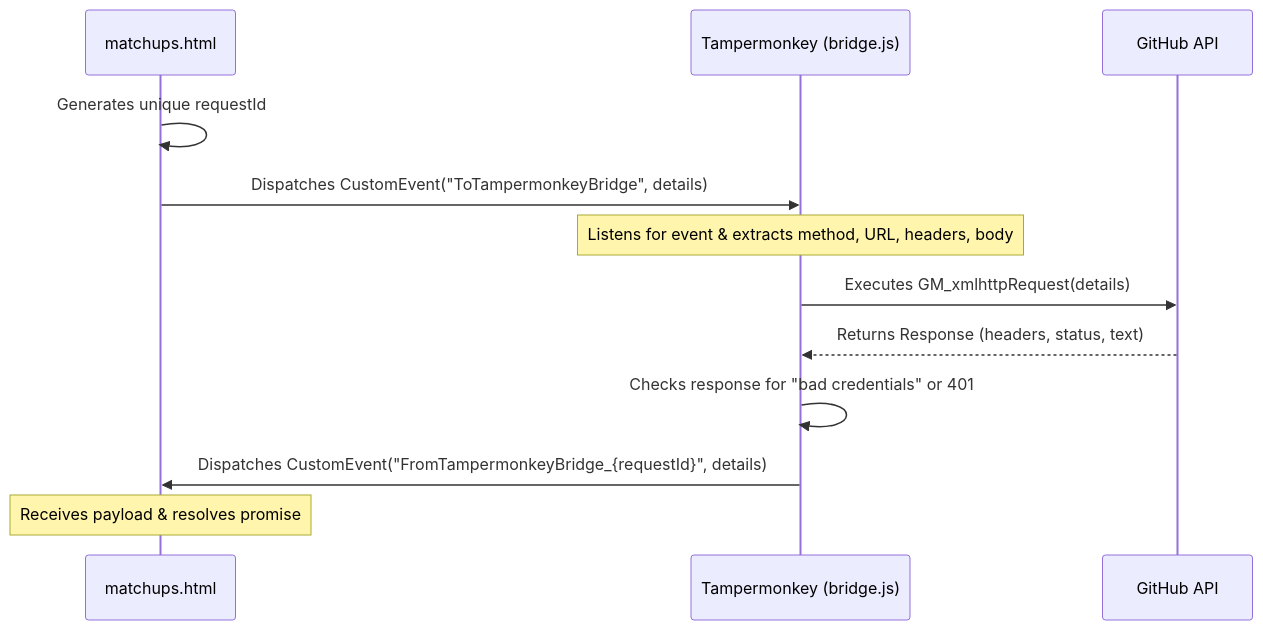
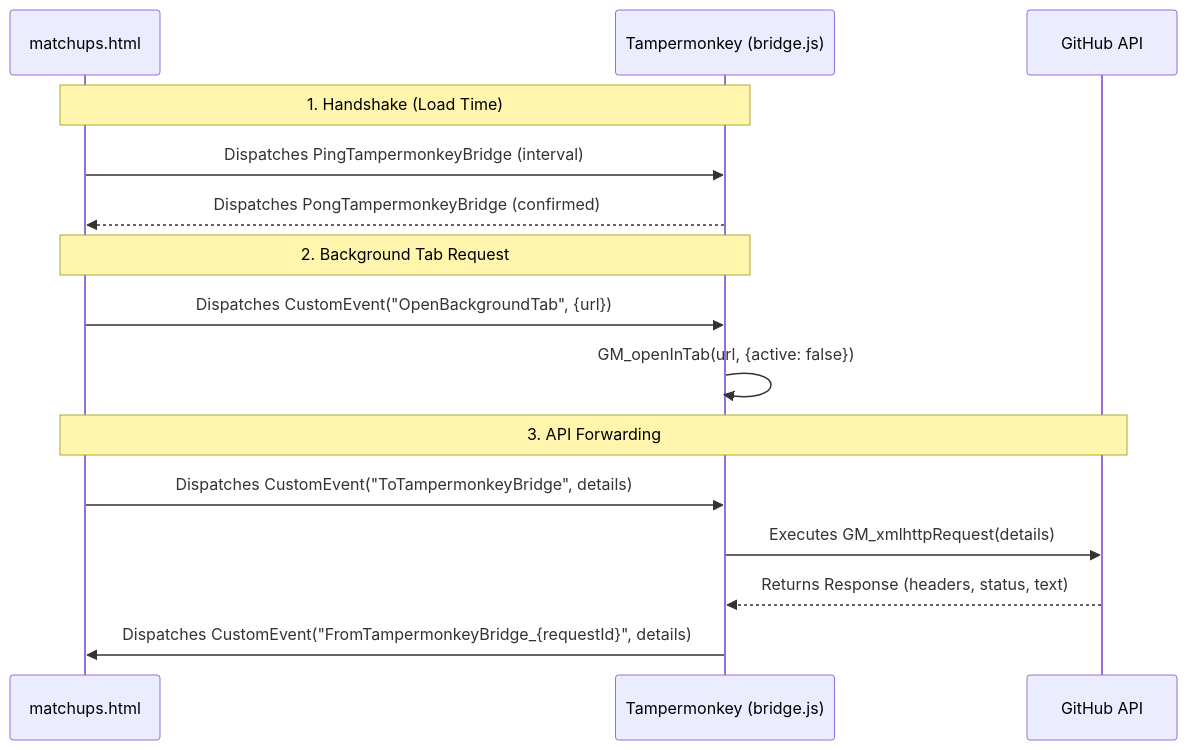
One commit to 2Filos/LoL-retrieve changed the diagram in documentation/tampermonkey_bridge.md. Above: the diagram before and after it, drawn with Mermaid. The commit also changed other lines of this file and 11 other files, not shown here.

````diff
--- a/documentation/tampermonkey_bridge.md
+++ b/documentation/tampermonkey_bridge.md
@@ -20,15 +33,20 @@
 ```mermaid
 sequenceDiagram
     participant HTML as matchups.html
     participant TM as Tampermonkey (bridge.js)
     participant GH as GitHub API
 
-    HTML->>HTML: Generates unique requestId
+    Note over HTML,TM: 1. Handshake (Load Time)
+    HTML->>TM: Dispatches PingTampermonkeyBridge (interval)
+    TM-->>HTML: Dispatches PongTampermonkeyBridge (confirmed)
+
+    Note over HTML,TM: 2. Background Tab Request
+    HTML->>TM: Dispatches CustomEvent("OpenBackgroundTab", {url})
+    TM->>TM: GM_openInTab(url, {active: false})
+
+    Note over HTML,GH: 3. API Forwarding
     HTML->>TM: Dispatches CustomEvent("ToTampermonkeyBridge", details)
-    Note over TM: Listens for event & extracts method, URL, headers, body
     TM->>GH: Executes GM_xmlhttpRequest(details)
     GH-->>TM: Returns Response (headers, status, text)
-    TM->>TM: Checks response for "bad credentials" or 401
     TM->>HTML: Dispatches CustomEvent("FromTampermonkeyBridge_{requestId}", details)
-    Note over HTML: Receives payload & resolves promise
 ```
````
